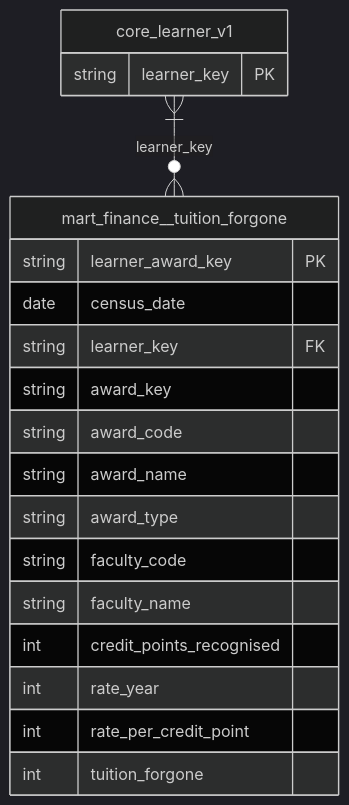
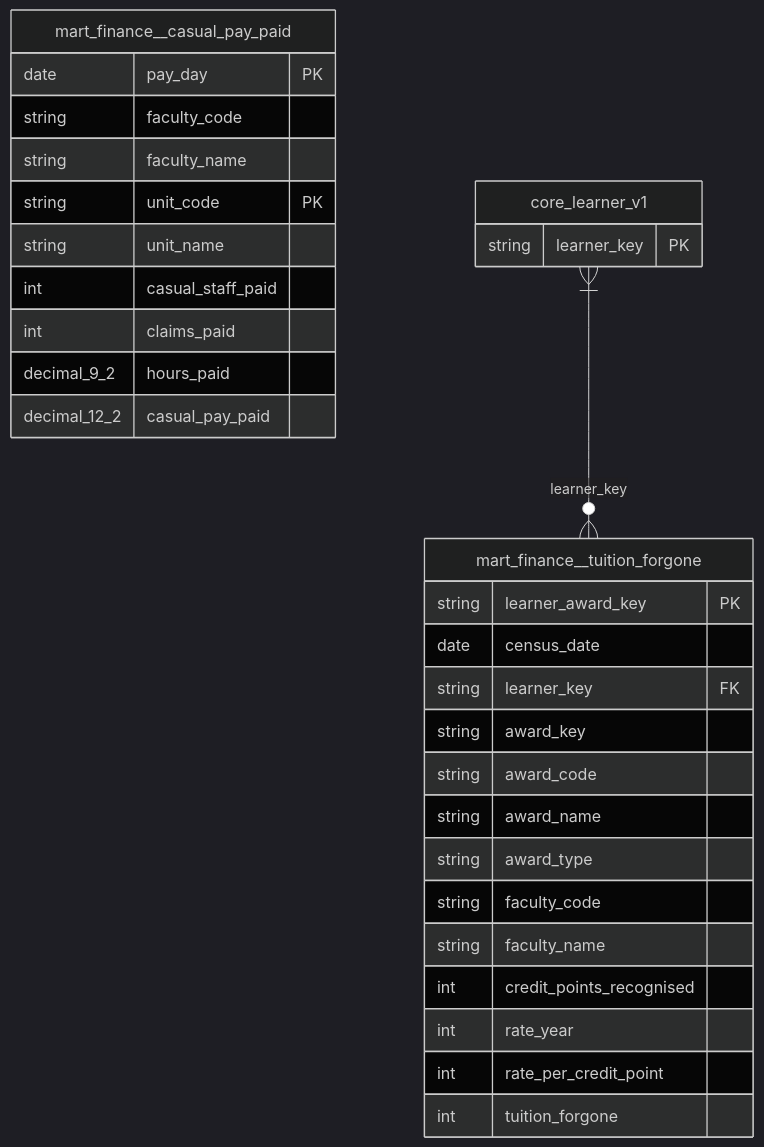
The diagram in films/analytics-engineering/project/models/marts/finance/_finance__physical.md (roanboc/learning-data), drawn with Mermaid (dark theme) before and after one commit. The commit also changed other lines of this file and 99 other files, not shown here.

````diff
--- a/films/analytics-engineering/project/models/marts/finance/_finance__physical.md
+++ b/films/analytics-engineering/project/models/marts/finance/_finance__physical.md
@@ -7,22 +7,33 @@
 ```mermaid
 erDiagram
+    mart_finance__casual_pay_paid {
+        date pay_day PK
+        string faculty_code
+        string faculty_name
+        string unit_code PK
+        string unit_name
+        int casual_staff_paid
+        int claims_paid
+        decimal_9_2 hours_paid
+        decimal_12_2 casual_pay_paid
+    }
     mart_finance__tuition_forgone {
         string learner_award_key PK
         date census_date
         string learner_key FK
         string award_key
         string award_code
         string award_name
         string award_type
         string faculty_code
         string faculty_name
         int credit_points_recognised
         int rate_year
         int rate_per_credit_point
         int tuition_forgone
     }
     core_learner_v1 {
         string learner_key PK
     }
     core_learner_v1 }|--o{ mart_finance__tuition_forgone : "learner_key"
 ```
````
